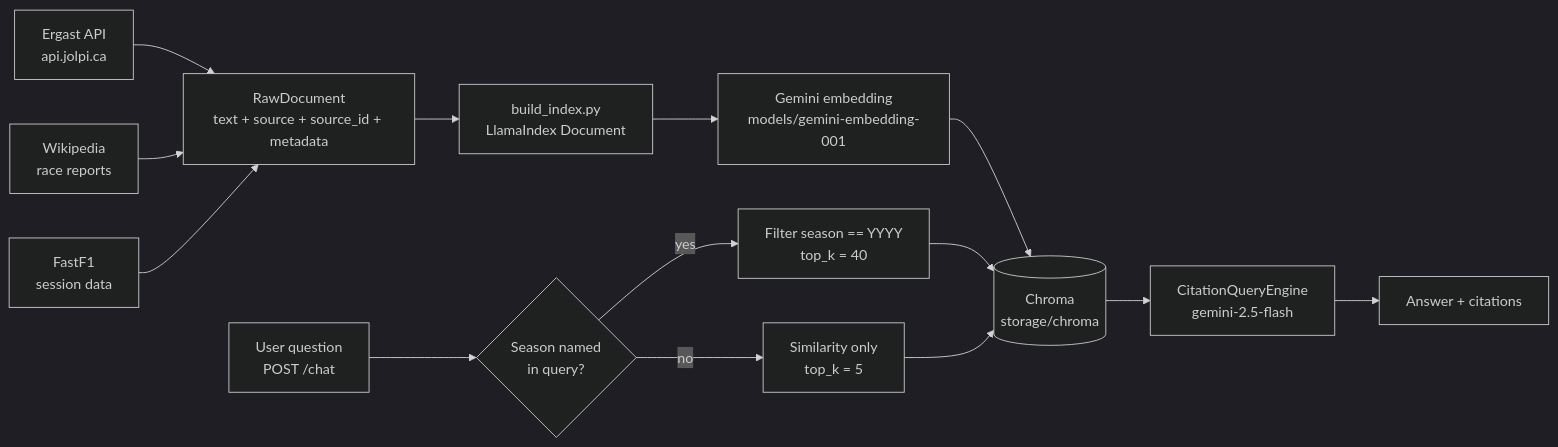
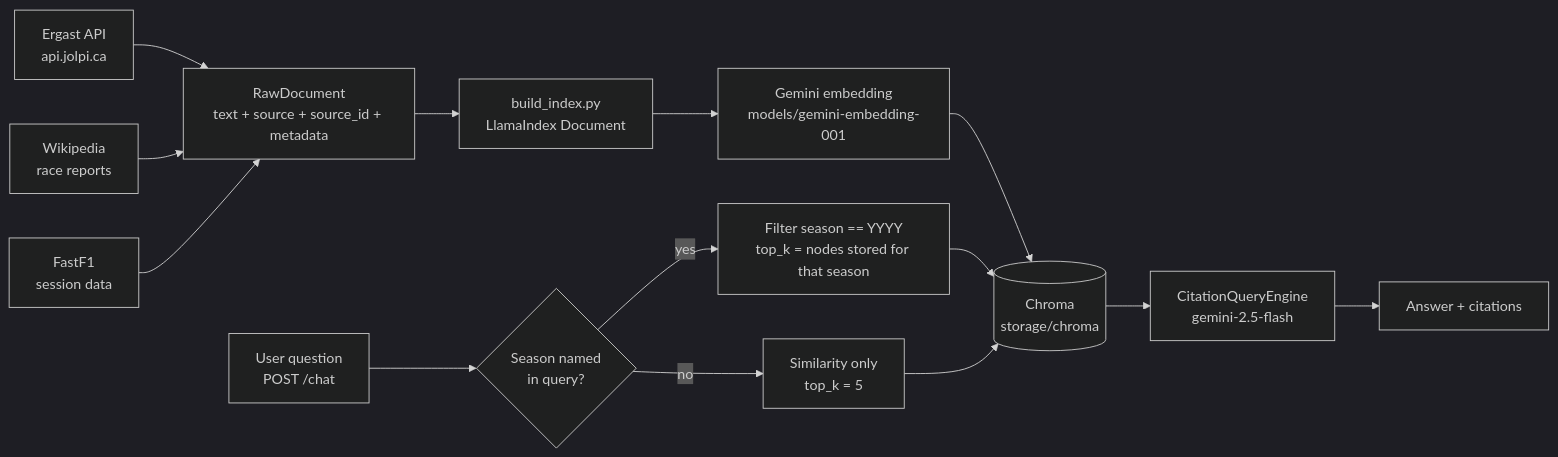
Before and after one commit to thompgt/f1-trivia-rag: the diagram in README.md, drawn with Mermaid (dark theme). The commit also changed other lines of this file and 3 other files, not shown here.

````diff
--- a/README.md
+++ b/README.md
@@ -120,16 +124,16 @@
 ```mermaid
 flowchart LR
     A[Ergast API<br/>api.jolpi.ca] --> N[RawDocument<br/>text + source + source_id + metadata]
     B[Wikipedia<br/>race reports] --> N
     C[FastF1<br/>session data] --> N
     N --> D[build_index.py<br/>LlamaIndex Document]
     D --> E[Gemini embedding<br/>models/gemini-embedding-001]
     E --> F[(Chroma<br/>storage/chroma)]
     Q[User question<br/>POST /chat] --> R{Season named<br/>in query?}
-    R -- yes --> S[Filter season == YYYY<br/>top_k = 40]
+    R -- yes --> S[Filter season == YYYY<br/>top_k = nodes stored for that season]
     R -- no --> T[Similarity only<br/>top_k = 5]
     S --> F
     T --> F
     F --> U[CitationQueryEngine<br/>gemini-2.5-flash]
     U --> V[Answer + citations]
 ```
````
